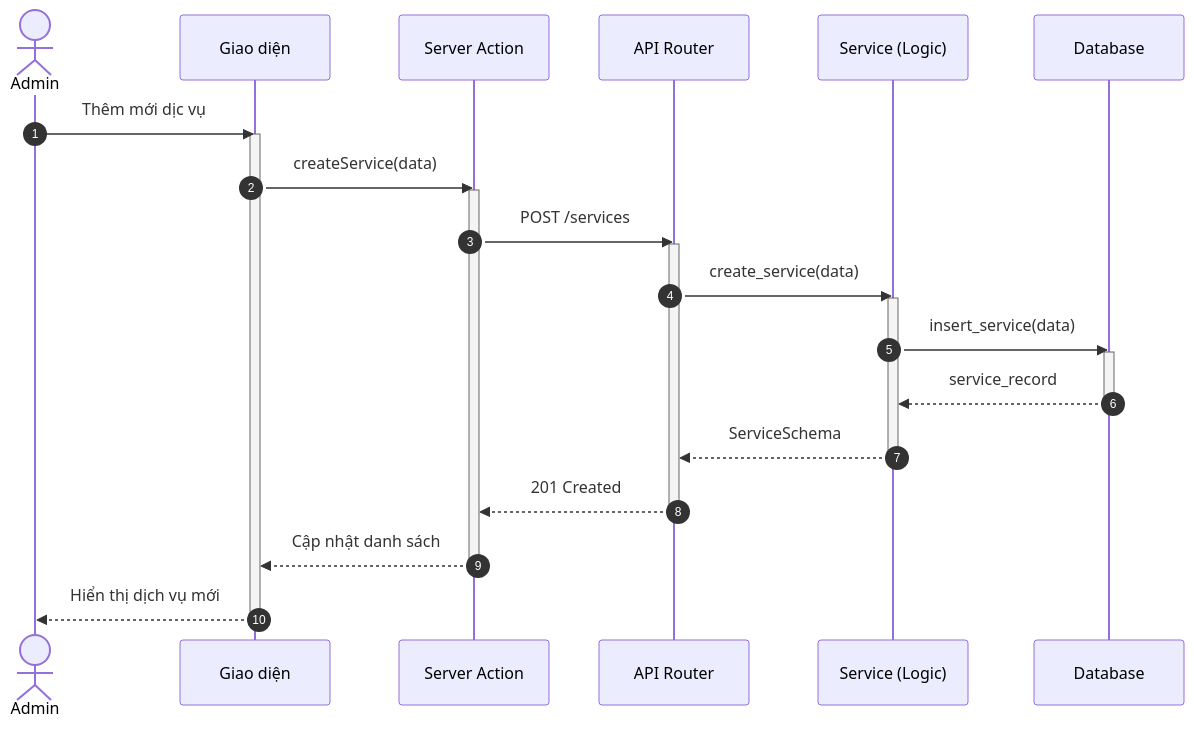
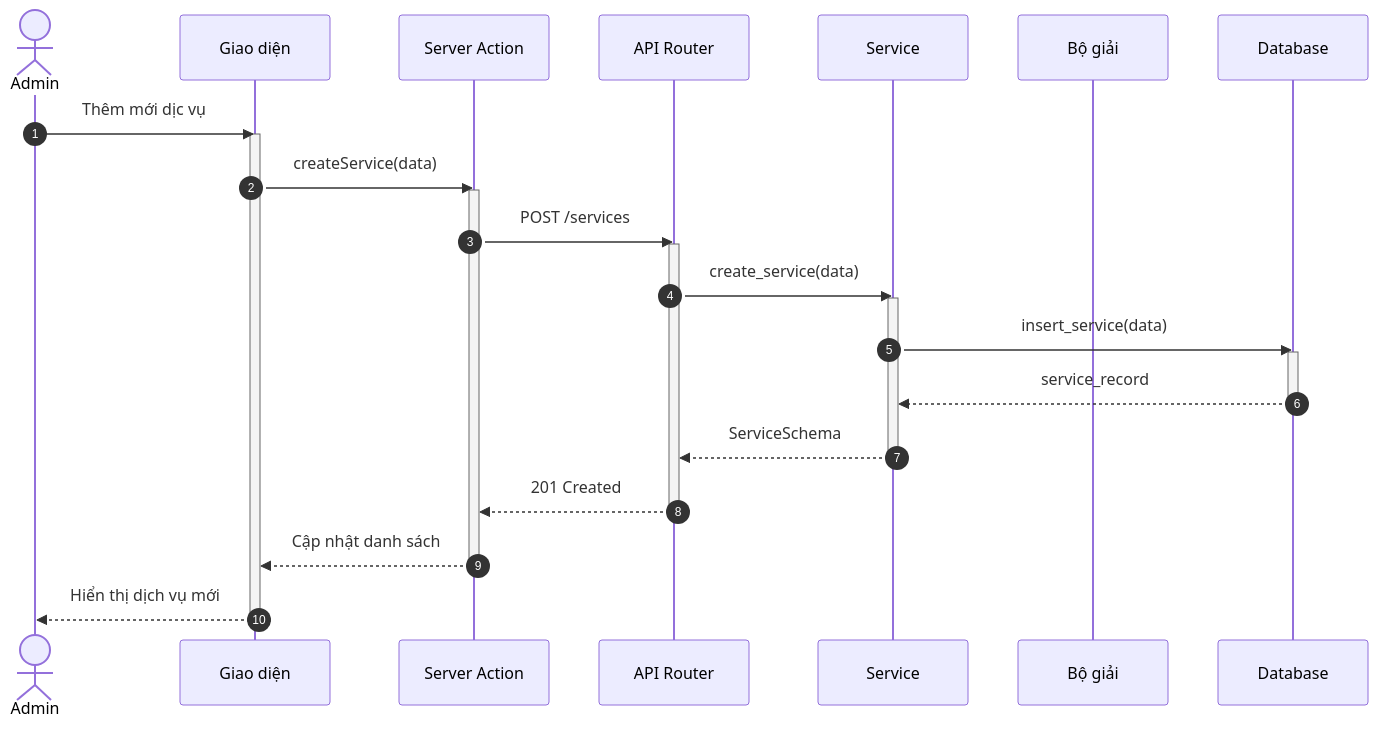
One commit to ngoctinn/Synapse changed the first of 4 diagrams in docs/design/sequences/admin_flows.md. Above: the diagram before and after it, drawn with Mermaid. The commit also changed other lines of this file and 4 other files, not shown here.

Commit message:
docs: Add initial sequence diagrams for authentication, admin, customer, receptionist, and technician flows.

````diff
--- a/docs/design/sequences/admin_flows.md
+++ b/docs/design/sequences/admin_flows.md
@@ -28,38 +28,39 @@
 ```mermaid
 sequenceDiagram
     autonumber
     actor AD as Admin
     participant UI as Giao diện
     participant BFF as Server Action
     participant API as API Router
-    participant S as Service (Logic)
+    participant S as Service
+    participant SOLVER as Bộ giải
     participant DB as Database
 
     AD->>UI: Thêm mới dịc vụ
     activate UI
     UI->>BFF: createService(data)
     activate BFF
 
     BFF->>API: POST /services
     activate API
 
     API->>S: create_service(data)
     activate S
 
     S->>DB: insert_service(data)
     activate DB
     DB-->>S: service_record
     deactivate DB
 
     S-->>API: ServiceSchema
     deactivate S
 
     API-->>BFF: 201 Created
     deactivate API
 
     BFF-->>UI: Cập nhật danh sách
     deactivate BFF
 
     UI-->>AD: Hiển thị dịch vụ mới
     deactivate UI
 ```
````
